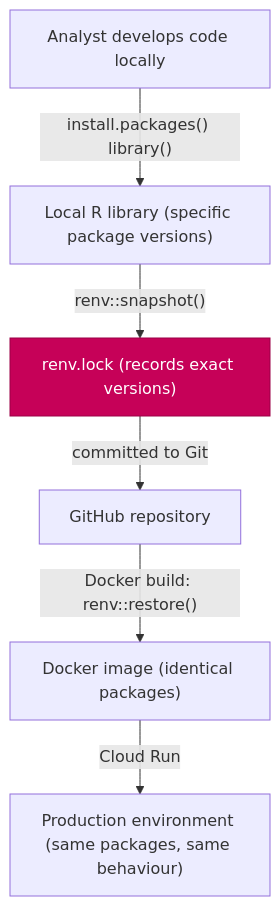
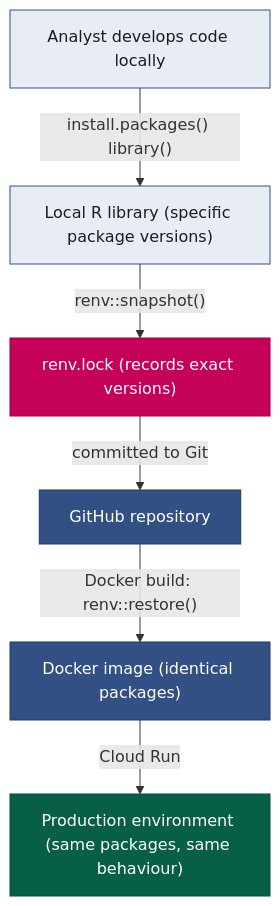
One commit to Ch3w3y/docker_gcp changed the first of 2 diagrams in docs/version-management.md. Above: the diagram before and after it, drawn with Mermaid. The commit also changed 3 other files, not shown here.

First line of the commit message:
fix(a11y): add node styles to remaining unstyled diagrams

````diff
--- a/docs/version-management.md
+++ b/docs/version-management.md
@@ -35,11 +35,16 @@
 ```mermaid
 flowchart TD
     DEV["Analyst develops code locally"]
     DEV -->|"install.packages() library()"| LOCAL_LIB["Local R library (specific package versions)"]
     LOCAL_LIB -->|"renv::snapshot()"| LOCK["renv.lock (records exact versions)"]
     LOCK -->|"committed to Git"| GITHUB["GitHub repository"]
     GITHUB -->|"Docker build: renv::restore()"| IMAGE["Docker image (identical packages)"]
     IMAGE -->|"Cloud Run"| PROD["Production environment (same packages, same behaviour)"]
 
     style LOCK fill:#c60158,stroke:#9b0146,color:#ffffff
+    style DEV fill:#e8edf4,stroke:#325083,color:#1a1a2e
+    style LOCAL_LIB fill:#e8edf4,stroke:#325083,color:#1a1a2e
+    style GITHUB fill:#325083,stroke:#1e3a5f,color:#ffffff
+    style IMAGE fill:#325083,stroke:#1e3a5f,color:#ffffff
+    style PROD fill:#065f46,stroke:#064e3b,color:#ffffff
 ```
````
